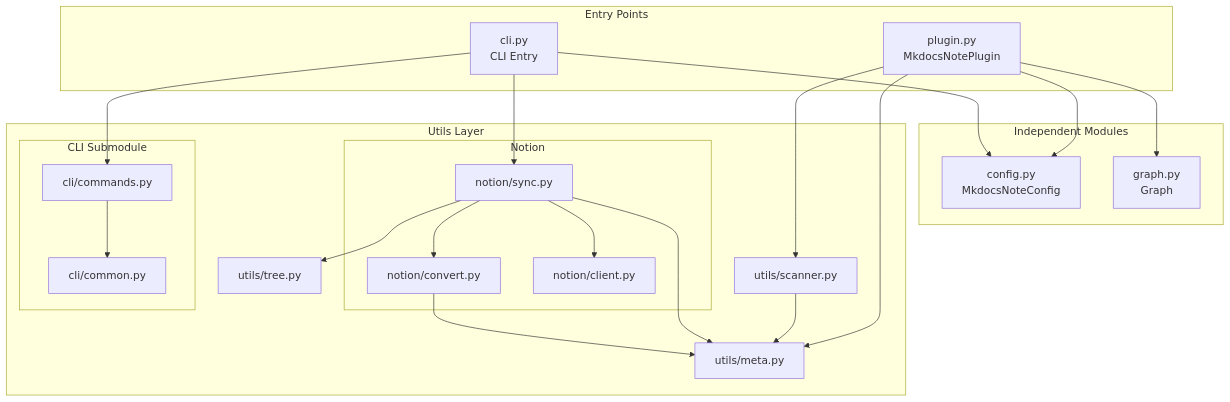
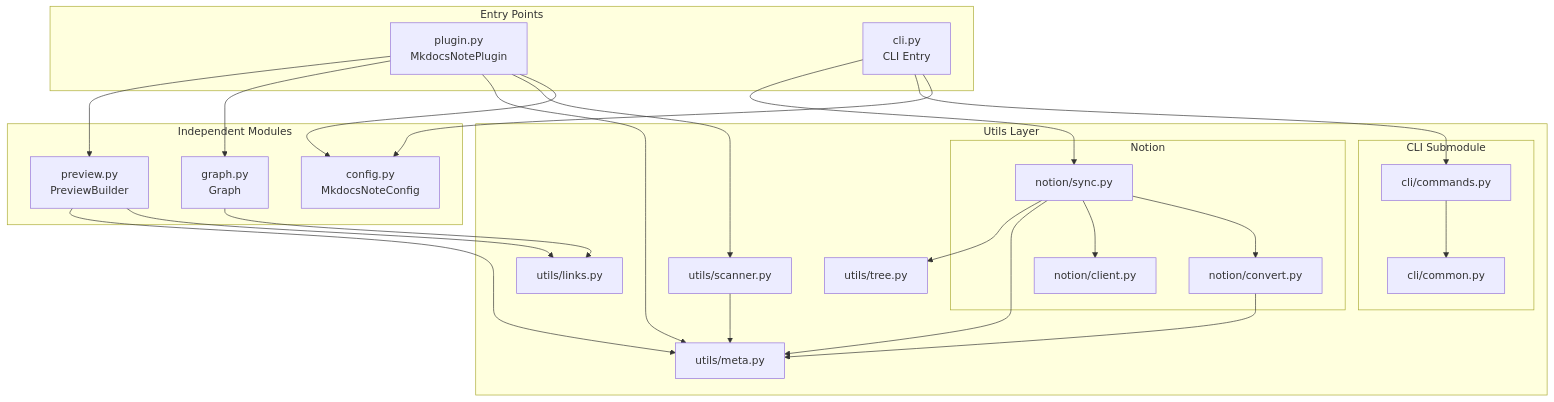
The first of 6 diagrams in docs/contributing/architecture.md (virtualguard101/mkdocs-note), drawn with Mermaid before and after one commit. The commit also changed other lines of this file and 27 other files, not shown here.

````diff
--- a/docs/contributing/architecture.md
+++ b/docs/contributing/architecture.md
@@ -147,46 +153,53 @@
 ```mermaid
 graph TB
     subgraph "Entry Points"
         Plugin[plugin.py<br/>MkdocsNotePlugin]
         CLI[cli.py<br/>CLI Entry]
     end
     
     subgraph "Independent Modules"
         Config[config.py<br/>MkdocsNoteConfig]
         Graph[graph.py<br/>Graph]
+        Preview[preview.py<br/>PreviewBuilder]
     end
     
     subgraph "Utils Layer"
         Meta[utils/meta.py]
+        Links[utils/links.py]
         Scanner[utils/scanner.py]
         Tree[utils/tree.py]
         
         subgraph "Notion"
             Convert[notion/convert.py]
             Client[notion/client.py]
             Sync[notion/sync.py]
         end
         
         subgraph "CLI Submodule"
             Commands[cli/commands.py]
             Common[cli/common.py]
         end
     end
     
     Plugin --> Config
     Plugin --> Scanner
     Plugin --> Meta
     Plugin --> Graph
+    Plugin --> Preview
+    
+    Graph --> Links
+    Preview --> Links
+    Preview --> Meta
     
     CLI --> Config
     CLI --> Commands
     CLI --> Sync
     
     Commands --> Common
     Scanner --> Meta
     Sync --> Convert
     Sync --> Client
     Sync --> Meta
     Sync --> Tree
     Convert --> Meta
 ```
````
